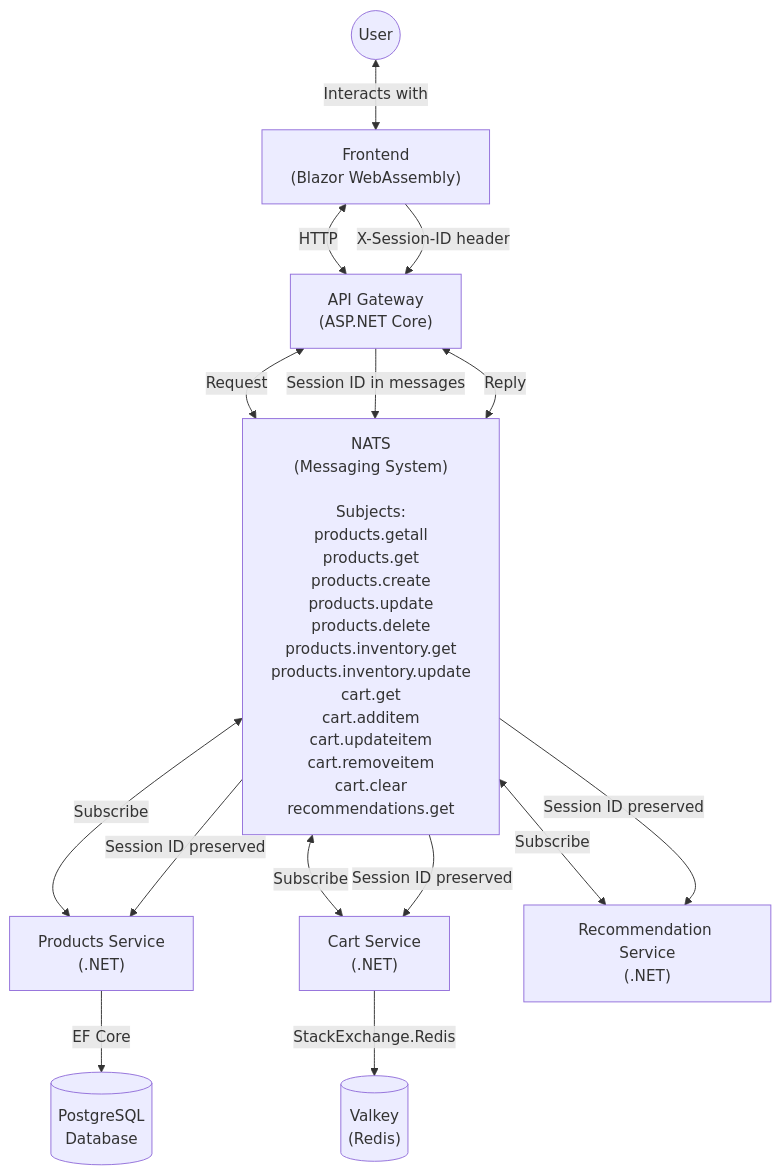
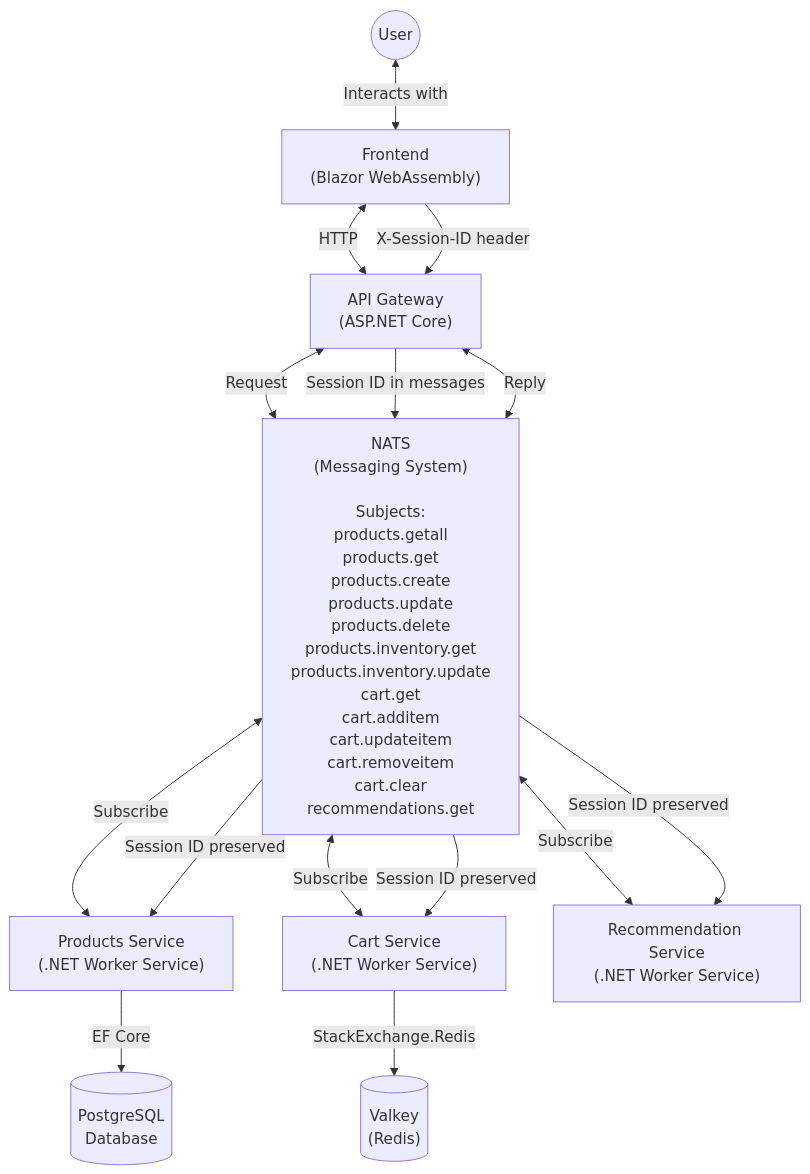
The diagram in README.md (ch0ppy35/shop), drawn with Mermaid before and after one commit. The commit also changed 2 other files, not shown here.

````diff
--- a/README.md
+++ b/README.md
@@ -7,30 +7,30 @@
 ```mermaid
 graph TD
     %% Main components
     Frontend["Frontend<br/>(Blazor WebAssembly)"] <--HTTP--> Gateway["API Gateway<br/>(ASP.NET Core)"];
     NATS["NATS<br/>(Messaging System)<br/><br/>Subjects:<br/>products.getall<br/>products.get<br/>products.create<br/>products.update<br/>products.delete<br/>products.inventory.get<br/>products.inventory.update<br/>cart.get<br/>cart.additem<br/>cart.updateitem<br/>cart.removeitem<br/>cart.clear<br/>recommendations.get"]
-    Products["Products Service<br/>(.NET)"];
-    Cart["Cart Service<br/>(.NET)"];
-    Recommendation["Recommendation Service<br/>(.NET)"];
+    Products["Products Service<br/>(.NET Worker Service)<br/>"];
+    Cart["Cart Service<br/>(.NET Worker Service)<br/>"];
+    Recommendation["Recommendation Service<br/>(.NET Worker Service)<br/>"];
 
     %% Databases
     Products --EF Core--> PostgreSQL[("PostgreSQL<br/>Database")];
     Cart --StackExchange.Redis--> Valkey[("Valkey<br/>(Redis)")];
 
     %% NATS connections
     Gateway <--Request--> NATS;
     NATS <--Reply--> Gateway;
     NATS <--Subscribe--> Products;
     NATS <--Subscribe--> Cart;
     NATS <--Subscribe--> Recommendation;
 
     %% Session ID flow
     Frontend --"X-Session-ID header"--> Gateway;
     Gateway --"Session ID in messages"--> NATS;
     NATS --"Session ID preserved"--> Products;
     NATS --"Session ID preserved"--> Cart;
     NATS --"Session ID preserved"--> Recommendation;
 
     %% User flow
     User(("User")) <--Interacts with--> Frontend;
 ```
````
